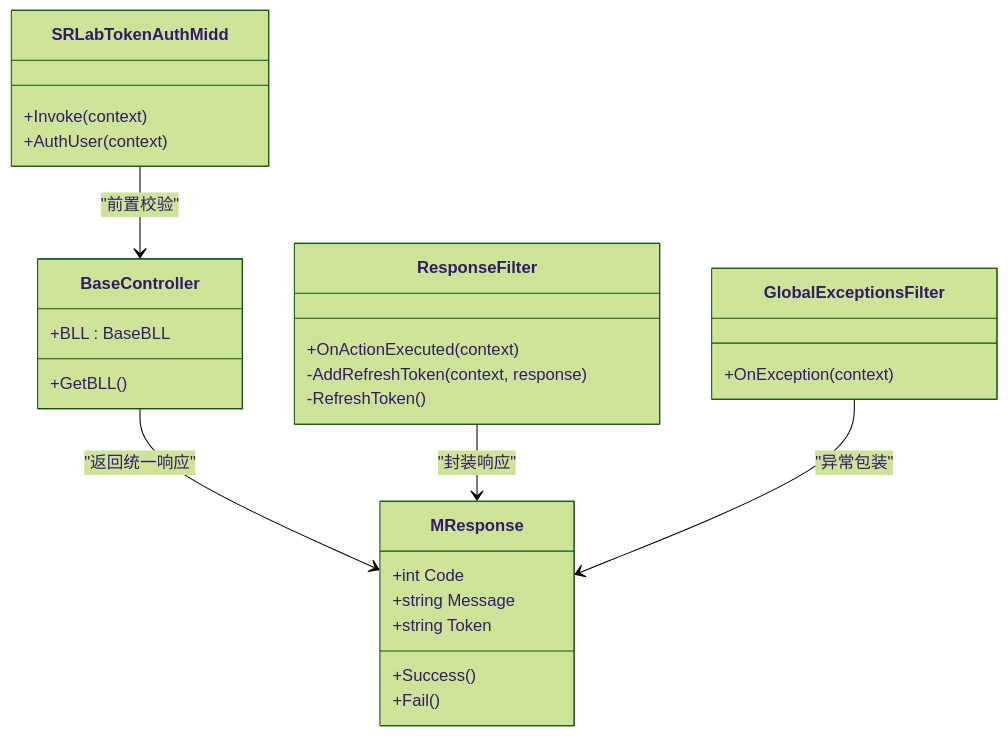
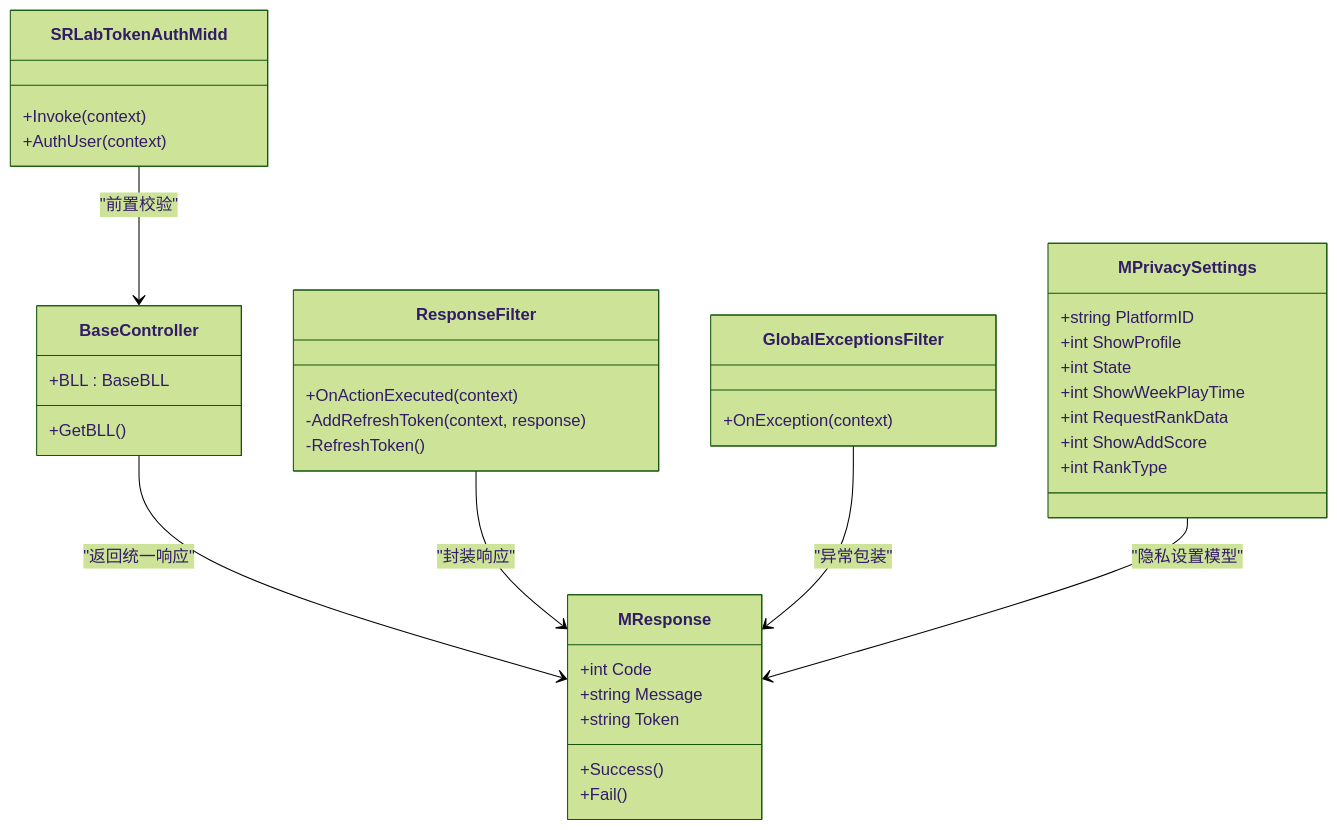
One commit to TinyMaD/SpeedRunnersLab changed the third of 3 diagrams in .qoder/repowiki/zh/content/API 接口参考/API 接口参考.md. Above: the diagram before and after it, drawn with Mermaid (forest theme). The commit also changed other lines of this file and 29 other files, not shown here.

````diff
--- a/.qoder/repowiki/zh/content/API 接口参考/API 接口参考.md
+++ b/.qoder/repowiki/zh/content/API 接口参考/API 接口参考.md
@@ -373,30 +437,40 @@
 ```mermaid
 classDiagram
 class BaseController {
 +BLL : BaseBLL
 +GetBLL()
 }
 class SRLabTokenAuthMidd {
 +Invoke(context)
 +AuthUser(context)
 }
 class ResponseFilter {
 +OnActionExecuted(context)
 -AddRefreshToken(context, response)
 -RefreshToken()
 }
 class GlobalExceptionsFilter {
 +OnException(context)
 }
 class MResponse {
 +int Code
 +string Message
 +string Token
 +Success()
 +Fail()
 }
+class MPrivacySettings {
++string PlatformID
++int ShowProfile
++int State
++int ShowWeekPlayTime
++int RequestRankData
++int ShowAddScore
++int RankType
+}
 BaseController --> MResponse : "返回统一响应"
 SRLabTokenAuthMidd --> BaseController : "前置校验"
 ResponseFilter --> MResponse : "封装响应"
 GlobalExceptionsFilter --> MResponse : "异常包装"
+MPrivacySettings --> MResponse : "隐私设置模型"
 ```
````
